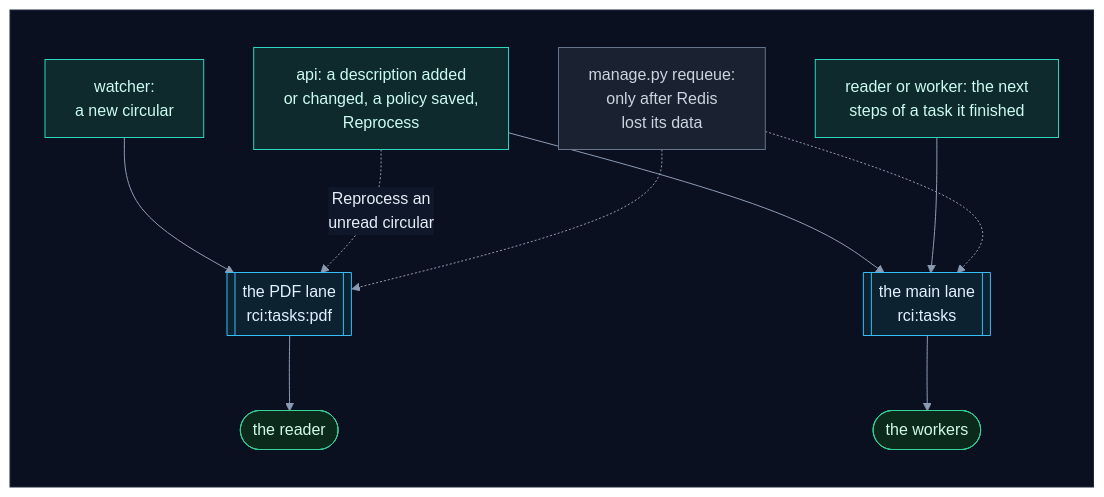
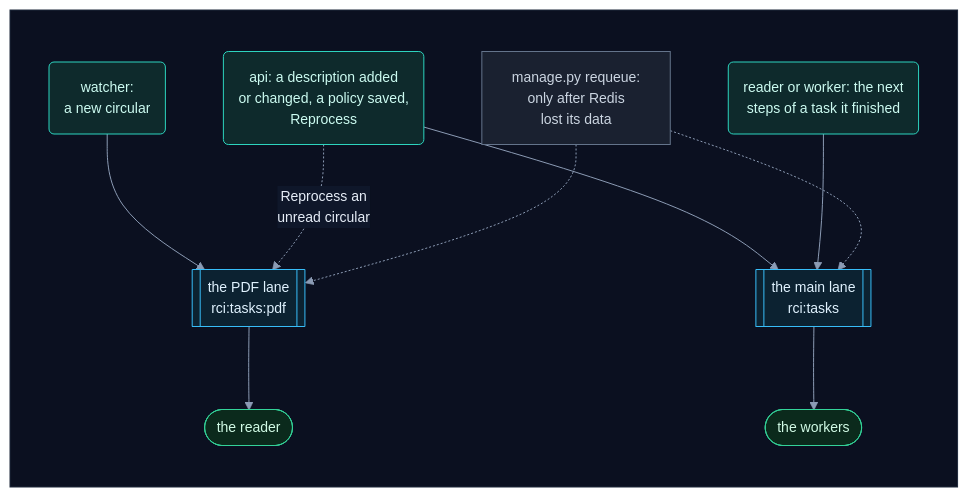
One commit to selvakumarperumal/Regulatory_Circular_Impact_Agent changed the tenth of 21 diagrams in how_the_worker_works.md. Above: the diagram before and after it, drawn with Mermaid. The commit also changed other lines of this file and 5 other files, not shown here.

Commit message:
Give the docs' flowcharts a shape per kind of part, more room and slightly smaller text

````diff
--- a/how_the_worker_works.md
+++ b/how_the_worker_works.md
@@ -705,30 +705,30 @@
 ```mermaid
-%%{init: {"theme": "base", "flowchart": {"diagramPadding": 0}, "themeVariables": {"darkMode": true, "primaryColor": "#16213a", "primaryTextColor": "#e6edf7", "primaryBorderColor": "#475a7a", "lineColor": "#8b9bb4", "secondaryColor": "#1b2436", "tertiaryColor": "#101a2e", "edgeLabelBackground": "#0f172a", "textColor": "#e2e8f0", "clusterBkg": "#0f1728", "clusterBorder": "#2b3a55", "titleColor": "#c4b5fd", "nodeTextColor": "#e6edf7"}}}%%
+%%{init: {"theme": "base", "flowchart": {"diagramPadding": 0, "nodeSpacing": 58, "rankSpacing": 58, "curve": "basis"}, "themeVariables": {"fontSize": "14px", "darkMode": true, "primaryColor": "#16213a", "primaryTextColor": "#e6edf7", "primaryBorderColor": "#475a7a", "lineColor": "#8b9bb4", "secondaryColor": "#1b2436", "tertiaryColor": "#101a2e", "edgeLabelBackground": "#0f172a", "textColor": "#e2e8f0", "clusterBkg": "#0f1728", "clusterBorder": "#2b3a55", "titleColor": "#c4b5fd", "nodeTextColor": "#e6edf7"}}}%%
 flowchart TD
     subgraph canvas[" "]
         direction TB
-        w["watcher:<br/>a new circular"] --> p[["the PDF lane<br/>rci:tasks:pdf"]]
-        a["api: a description added<br/>or changed, a policy saved,<br/>Reprocess"] --> q[["the main lane<br/>rci:tasks"]]
+        w("watcher:<br/>a new circular") --> p[["the PDF lane<br/>rci:tasks:pdf"]]
+        a("api: a description added<br/>or changed, a policy saved,<br/>Reprocess") --> q[["the main lane<br/>rci:tasks"]]
         a -.->|"Reprocess an<br/>unread circular"| p
-        k["reader or worker: the next<br/>steps of a task it finished"] --> q
+        k("reader or worker: the next<br/>steps of a task it finished") --> q
         m["manage.py requeue:<br/>only after Redis<br/>lost its data"] -.-> q
         m -.-> p
         p --> y(["the reader"])
         q --> x(["the workers"])
     end
     classDef svc fill:#0e2a2c,stroke:#2dd4bf,color:#ccfbf1
     classDef data fill:#1c1a47,stroke:#818cf8,color:#e0e7ff
     classDef ext fill:#2a1640,stroke:#c084fc,color:#f3e8ff
     classDef gpu fill:#2d1b0c,stroke:#fb923c,color:#ffedd5
     classDef ask fill:#2a2410,stroke:#fbbf24,color:#fef3c7
     classDef ok fill:#0b2a1c,stroke:#34d399,color:#d1fae5
     classDef bad fill:#2e0f17,stroke:#fb7185,color:#ffe4e6
     classDef start fill:#1c2a0e,stroke:#a7ef6f,color:#ecfccb
     classDef muted fill:#1a2130,stroke:#64748b,color:#cbd5e1
     classDef queue fill:#0c2231,stroke:#38bdf8,color:#e0f2fe
     class w,a,k svc
     class m muted
     class p,q queue
     class x,y ok
     style canvas fill:#0b1020,stroke:#1e293b,color:#0b1020
 ```
````
